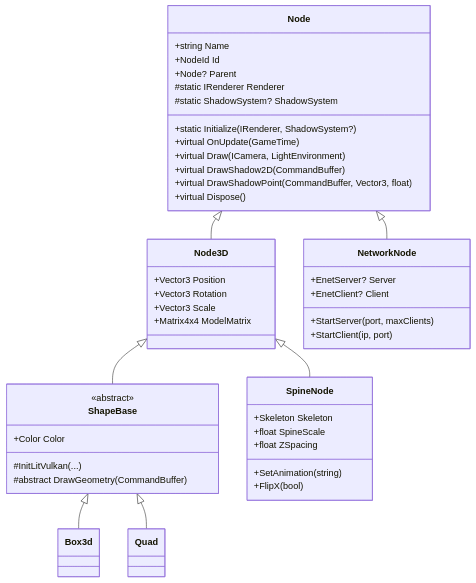
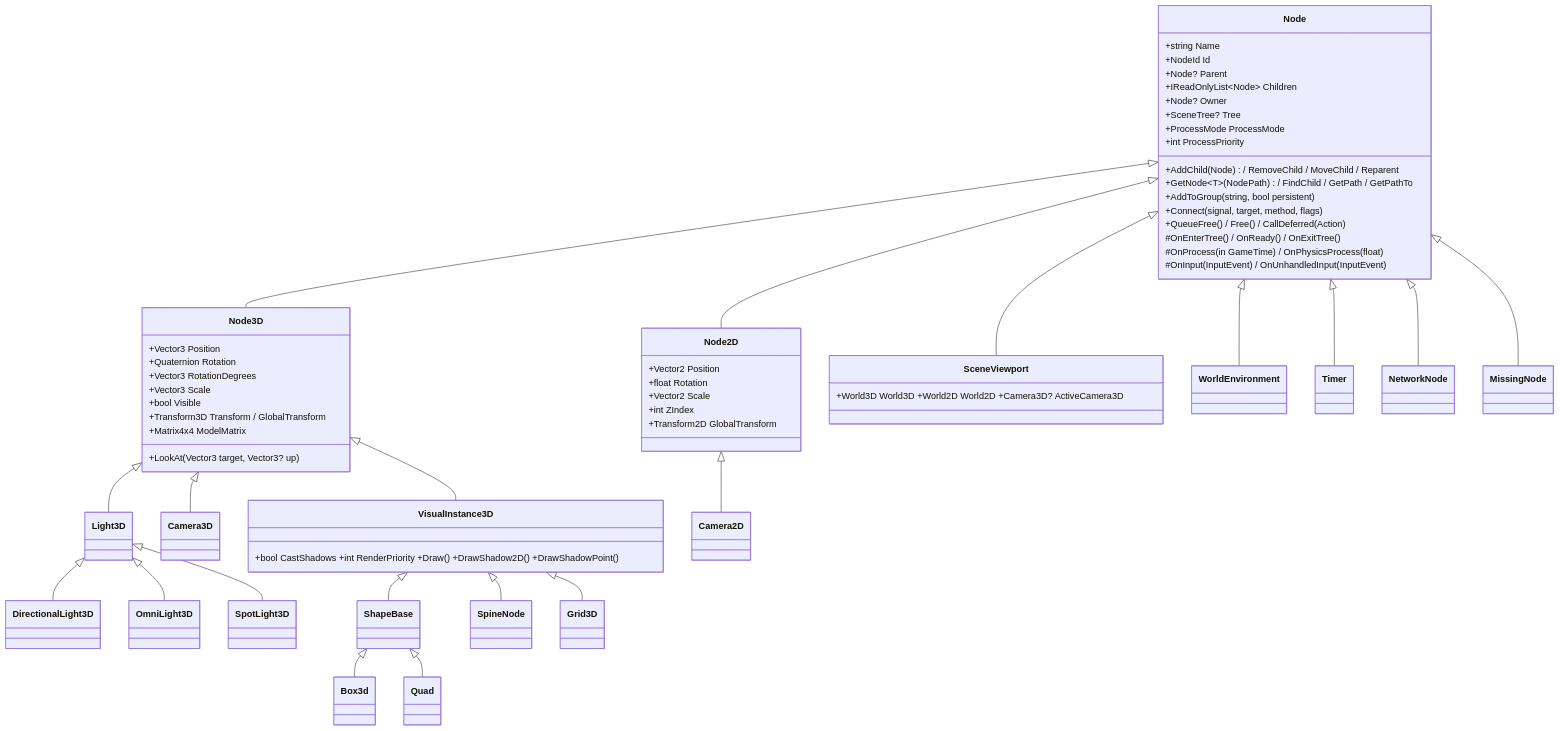
One commit to Mainframe-Games/mainframe-engine changed the first of 2 diagrams in docs/design/scene-graph-and-nodes.md. Above: the diagram before and after it, drawn with Mermaid. The commit also changed other lines of this file and 30 other files, not shown here.

First line of the commit message:
M2: Move the node-system and scene-serialization proposals into current-state docs

````diff
--- a/docs/design/scene-graph-and-nodes.md
+++ b/docs/design/scene-graph-and-nodes.md
@@ -11,49 +19,59 @@
 ```mermaid
 classDiagram
     class Node {
         +string Name
         +NodeId Id
         +Node? Parent
-        #static IRenderer Renderer
-        #static ShadowSystem? ShadowSystem
-        +static Initialize(IRenderer, ShadowSystem?)
-        +virtual OnUpdate(GameTime)
-        +virtual Draw(ICamera, LightEnvironment)
-        +virtual DrawShadow2D(CommandBuffer)
-        +virtual DrawShadowPoint(CommandBuffer, Vector3, float)
-        +virtual Dispose()
+        +IReadOnlyList~Node~ Children
+        +Node? Owner
+        +SceneTree? Tree
+        +ProcessMode ProcessMode
+        +int ProcessPriority
+        +AddChild(Node) / RemoveChild / MoveChild / Reparent
+        +GetNode~T~(NodePath) / FindChild / GetPath / GetPathTo
+        +AddToGroup(string, bool persistent)
+        +Connect(signal, target, method, flags)
+        +QueueFree() / Free() / CallDeferred(Action)
+        #OnEnterTree() / OnReady() / OnExitTree()
+        #OnProcess(in GameTime) / OnPhysicsProcess(float)
+        #OnInput(InputEvent) / OnUnhandledInput(InputEvent)
     }
     class Node3D {
         +Vector3 Position
-        +Vector3 Rotation
+        +Quaternion Rotation
+        +Vector3 RotationDegrees
         +Vector3 Scale
+        +bool Visible
+        +Transform3D Transform / GlobalTransform
         +Matrix4x4 ModelMatrix
+        +LookAt(Vector3 target, Vector3? up)
     }
-    class ShapeBase {
-        <<abstract>>
-        +Color Color
-        #InitLitVulkan(...)
-        #abstract DrawGeometry(CommandBuffer)
+    class Node2D {
+        +Vector2 Position
+        +float Rotation
+        +Vector2 Scale
+        +int ZIndex
+        +Transform2D GlobalTransform
     }
-    class Box3d
-    class Quad
-    class SpineNode {
-        +Skeleton Skeleton
-        +float SpineScale
-        +float ZSpacing
-        +SetAnimation(string)
-        +FlipX(bool)
-    }
-    class NetworkNode {
-        +EnetServer? Server
-        +EnetClient? Client
-        +StartServer(port, maxClients)
-        +StartClient(ip, port)
-    }
+    class SceneViewport { +World3D World3D +World2D World2D +Camera3D? ActiveCamera3D }
+    class VisualInstance3D { +bool CastShadows +int RenderPriority +Draw() +DrawShadow2D() +DrawShadowPoint() }
     Node <|-- Node3D
+    Node <|-- Node2D
+    Node <|-- SceneViewport
+    Node <|-- WorldEnvironment
+    Node <|-- Timer
     Node <|-- NetworkNode
-    Node3D <|-- ShapeBase
-    Node3D <|-- SpineNode
+    Node <|-- MissingNode
+    Node3D <|-- VisualInstance3D
+    Node3D <|-- Camera3D
+    Node3D <|-- Light3D
+    Light3D <|-- DirectionalLight3D
+    Light3D <|-- OmniLight3D
+    Light3D <|-- SpotLight3D
+    VisualInstance3D <|-- ShapeBase
     ShapeBase <|-- Box3d
     ShapeBase <|-- Quad
+    VisualInstance3D <|-- SpineNode
+    VisualInstance3D <|-- Grid3D
+    Node2D <|-- Camera2D
 ```
````
